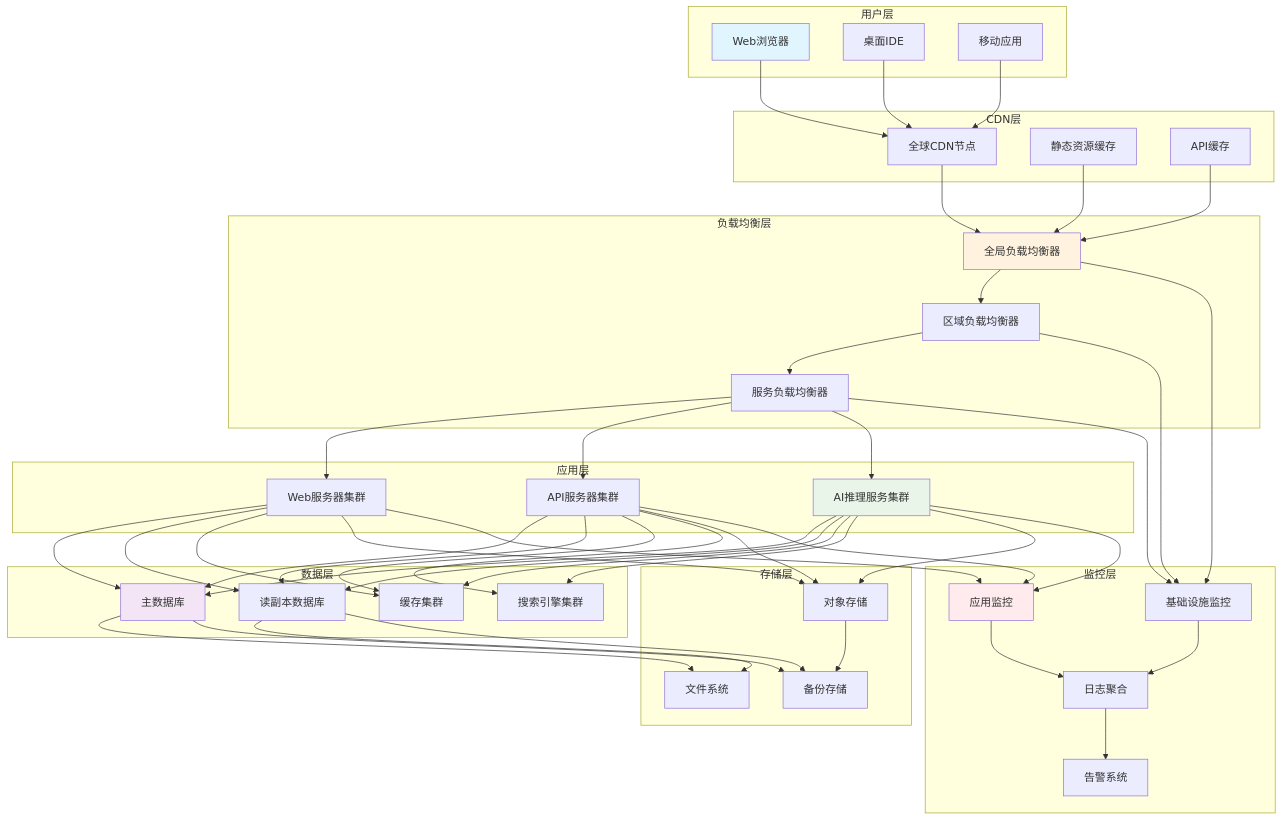
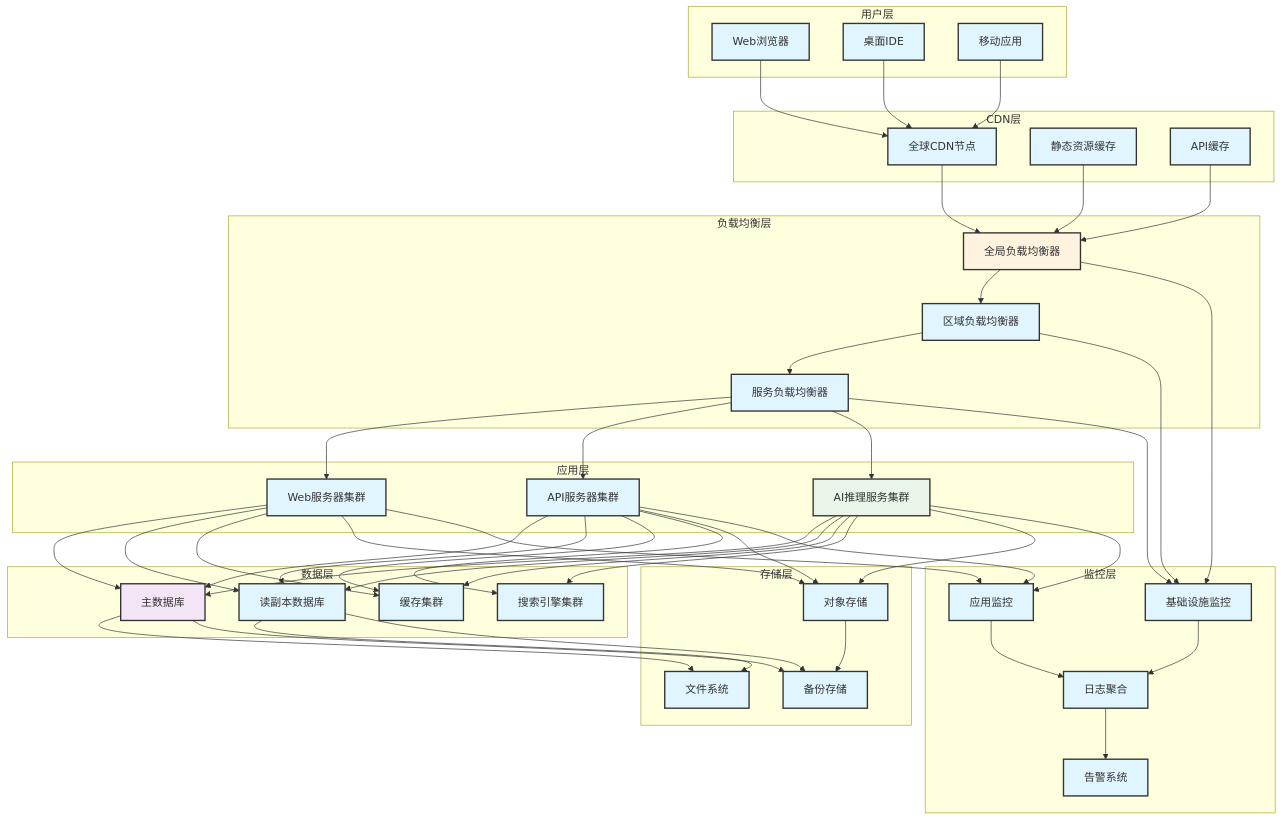
Before and after one commit to Coldplay-now/ai-ide-guide-core: the ninth of 9 diagrams in docs/assets/diagrams/system-architecture-diagrams.md, drawn with Mermaid. The commit also changed other lines of this file and 148 other files, not shown here.

````diff
--- a/docs/assets/diagrams/system-architecture-diagrams.md
+++ b/docs/assets/diagrams/system-architecture-diagrams.md
@@ -635,103 +596,85 @@
         B[桌面IDE]
         C[移动应用]
     end
-    
     subgraph "CDN层"
         D[全球CDN节点]
         E[静态资源缓存]
         F[API缓存]
     end
-    
     subgraph "负载均衡层"
         G[全局负载均衡器]
         H[区域负载均衡器]
         I[服务负载均衡器]
     end
-    
     subgraph "应用层"
         J[Web服务器集群]
         K[API服务器集群]
         L[AI推理服务集群]
     end
-    
     subgraph "数据层"
         M[主数据库]
         N[读副本数据库]
         O[缓存集群]
         P[搜索引擎集群]
     end
-    
     subgraph "存储层"
         Q[对象存储]
         R[文件系统]
         S[备份存储]
     end
-    
     subgraph "监控层"
         T[应用监控]
         U[基础设施监控]
         V[日志聚合]
         W[告警系统]
     end
-    
     A --> D
     B --> D
     C --> D
-    
     D --> G
     E --> G
     F --> G
-    
     G --> H
     H --> I
-    
     I --> J
     I --> K
     I --> L
-    
     J --> M
     K --> M
     L --> M
-    
     J --> N
     K --> N
     L --> N
-    
     J --> O
     K --> O
     L --> O
-    
     K --> P
     L --> P
-    
     J --> Q
     K --> Q
     L --> Q
-    
     M --> R
     N --> R
-    
     M --> S
     N --> S
     Q --> S
-    
     J --> T
     K --> T
     L --> T
-    
     G --> U
     H --> U
     I --> U
-    
     T --> V
     U --> V
-    
     V --> W
-    
     style A fill:#e1f5fe
     style G fill:#fff3e0
     style L fill:#e8f5e8
     style M fill:#f3e5f5
-    style T fill:#ffebee
-
+    style T fill:#e1f5fe
+%% Standard styling
+classDef default fill:#e1f5fe,stroke:#333,stroke-width:2px
+classDef highlight fill:#bbdefb,stroke:#333,stroke-width:3px
+classDef process fill:#90caf9,stroke:#333,stroke-width:2px
+classDef decision fill:#64b5f6,stroke:#333,stroke-width:2px
 ```
````
